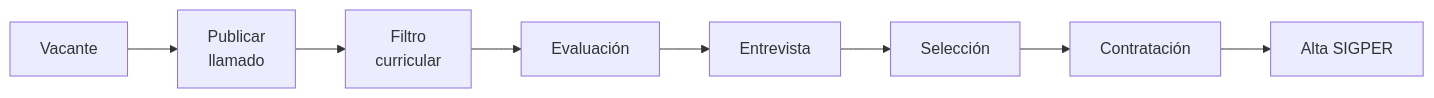
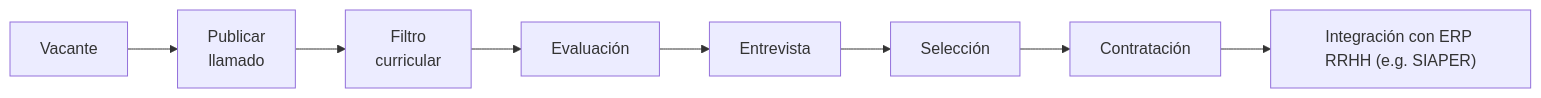
Diagram 12 of 26 in docs/blueprint/domains/domain_d-back.md (felix-antonio-sl/gore_os), drawn with Mermaid before and after one commit. The commit also changed other lines of this file and 26 other files, not shown here.

````diff
--- a/docs/blueprint/domains/domain_d-back.md
+++ b/docs/blueprint/domains/domain_d-back.md
@@ -402,10 +417,10 @@
 ```mermaid
 flowchart LR
     A["Vacante"] --> B["Publicar<br/>llamado"]
     B --> C["Filtro<br/>curricular"]
     C --> D["Evaluación"]
     D --> E["Entrevista"]
     E --> F["Selección"]
     F --> G["Contratación"]
-    G --> H["Alta SIGPER"]
+    G --> H["Integración con ERP RRHH (e.g. SIAPER)"]
 ```
````
